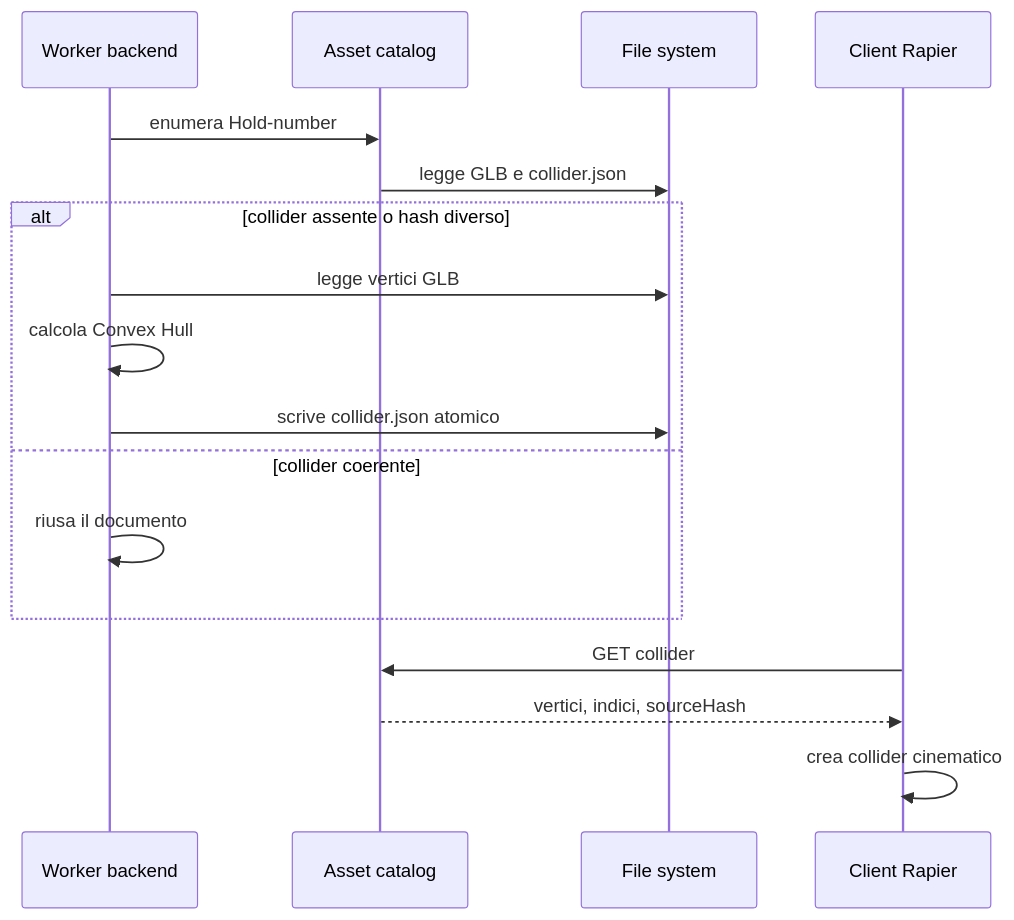
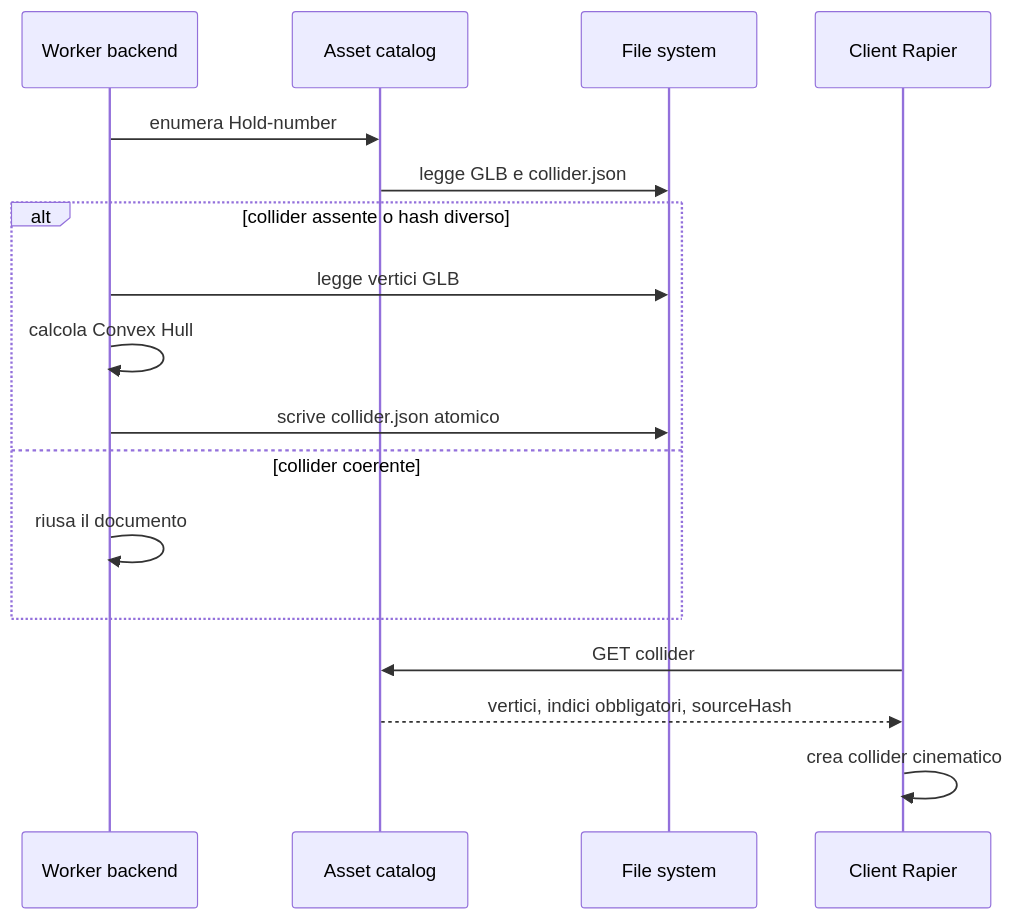
The eighth of 9 diagrams in gpt-5.6-sol/the-route-setter-beta/docs/applicazione.md (filippocurati/DEV.TEST-the-route-setter-beta), drawn with Mermaid before and after one commit. The commit also changed other lines of this file and 93 other files, not shown here.

````diff
--- a/gpt-5.6-sol/the-route-setter-beta/docs/applicazione.md
+++ b/gpt-5.6-sol/the-route-setter-beta/docs/applicazione.md
@@ -220,19 +258,19 @@
 ```mermaid
 sequenceDiagram
   participant W as Worker backend
   participant A as Asset catalog
   participant F as File system
   participant C as Client Rapier
   W->>A: enumera Hold-number
   A->>F: legge GLB e collider.json
   alt collider assente o hash diverso
     W->>F: legge vertici GLB
     W->>W: calcola Convex Hull
     W->>F: scrive collider.json atomico
   else collider coerente
     W->>W: riusa il documento
   end
   C->>A: GET collider
-  A-->>C: vertici, indici, sourceHash
+  A-->>C: vertici, indici obbligatori, sourceHash
   C->>C: crea collider cinematico
 ```
````
